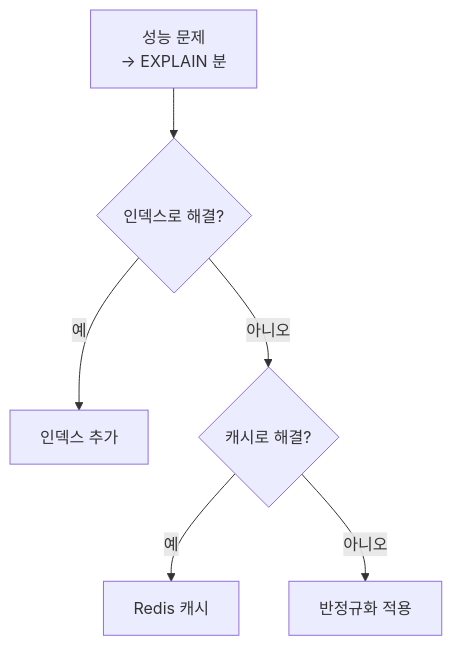
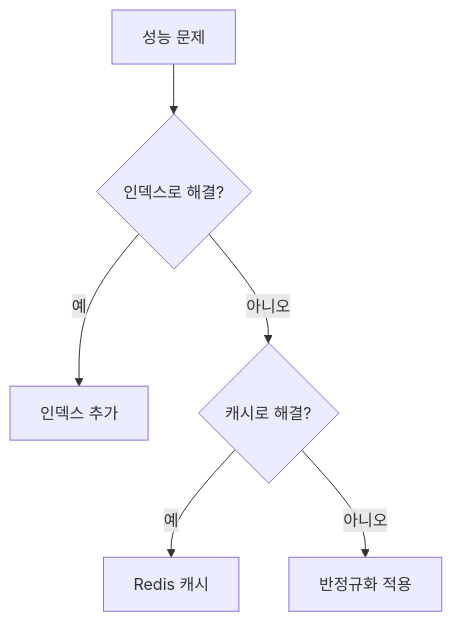
Before and after one commit to yjkim2015/yjkim2015.github.io: the third of 3 diagrams in _posts/db/2026-05-01-db-normalization.md, drawn with Mermaid. The commit also changed 217 other files, not shown here.

First line of the commit message:
Mermaid 크기 수정: useMaxWidth:true + SVG max-width:100% + 라벨 축소

````diff
--- a/_posts/db/2026-05-01-db-normalization.md
+++ b/_posts/db/2026-05-01-db-normalization.md
@@ -305,8 +305,8 @@
 ```mermaid
 flowchart TD
-    START["성능 문제\n→ EXPLAIN 분"] --> INDEX{"인덱스로 해결?"}
+    START["성능 문제"] --> INDEX{"인덱스로 해결?"}
     INDEX -->|"예"| ADD_IDX["인덱스 추가"]
     INDEX -->|"아니오"| CACHE{"캐시로 해결?"}
     CACHE -->|"예"| ADD_CACHE["Redis 캐시"]
     CACHE -->|"아니오"| APPLY["반정규화 적용"]
 ```
````
